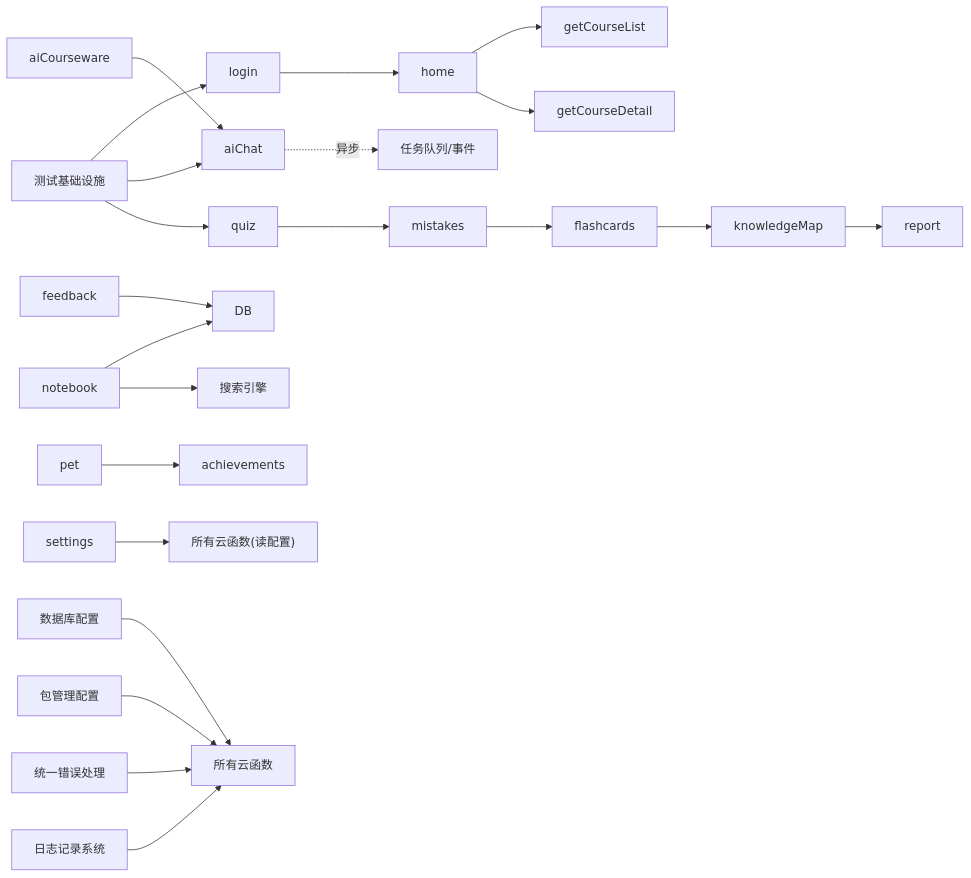
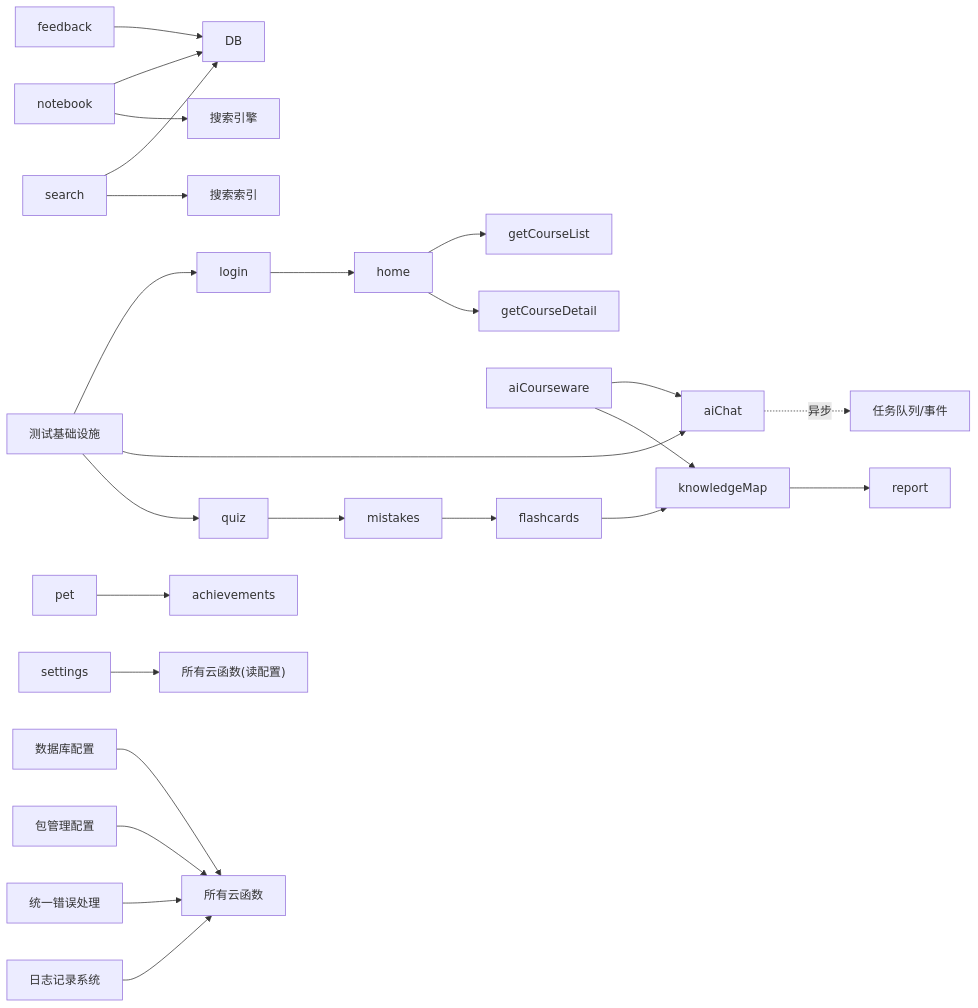
Before and after one commit to cwb7756/bio: diagram 15 of 15 in .qoder/repowiki/zh/content/架构设计/后端架构设计/云函数架构设计.md, drawn with Mermaid. The commit also changed other lines of this file and 19 other files, not shown here.

````diff
--- a/.qoder/repowiki/zh/content/架构设计/后端架构设计/云函数架构设计.md
+++ b/.qoder/repowiki/zh/content/架构设计/后端架构设计/云函数架构设计.md
@@ -710,24 +770,27 @@
 ```mermaid
 graph LR
 LOGIN["login"] --> HOME["home"]
 HOME --> GET_LIST["getCourseList"]
 HOME --> GET_DETAIL["getCourseDetail"]
 AI["aiChat"] -.->|异步| QUEUE["任务队列/事件"]
 AICOURSEWARE["aiCourseware"] --> AI
+AICOURSEWARE --> KMAP["knowledgeMap"]
 FEEDBACK["feedback"] --> DB
 QUIZ["quiz"] --> MISTAKES["mistakes"]
 MISTAKES --> FLASH["flashcards"]
-FLASH --> KMAP["knowledgeMap"]
+FLASH --> KMAP
 KMAP --> REPORT["report"]
 NOTEBOOK["notebook"] --> DB
 NOTEBOOK --> SEARCH["搜索引擎"]
+SEARCH_ALL["search"] --> DB
+SEARCH_ALL --> INDEX["搜索索引"]
 PET["pet"] --> ACH["achievements"]
 SETTINGS["settings"] --> ALL["所有云函数(读配置)"]
 TEST_INFRA["测试基础设施"] --> LOGIN
 TEST_INFRA --> AI
 TEST_INFRA --> QUIZ
 DB_CONFIG["数据库配置"] --> ALL_CFS["所有云函数"]
 PKG_MGMT["包管理配置"] --> ALL_CFS
 ERROR_HANDLING["统一错误处理"] --> ALL_CFS
 LOGGING["日志记录系统"] --> ALL_CFS
 ```
````
